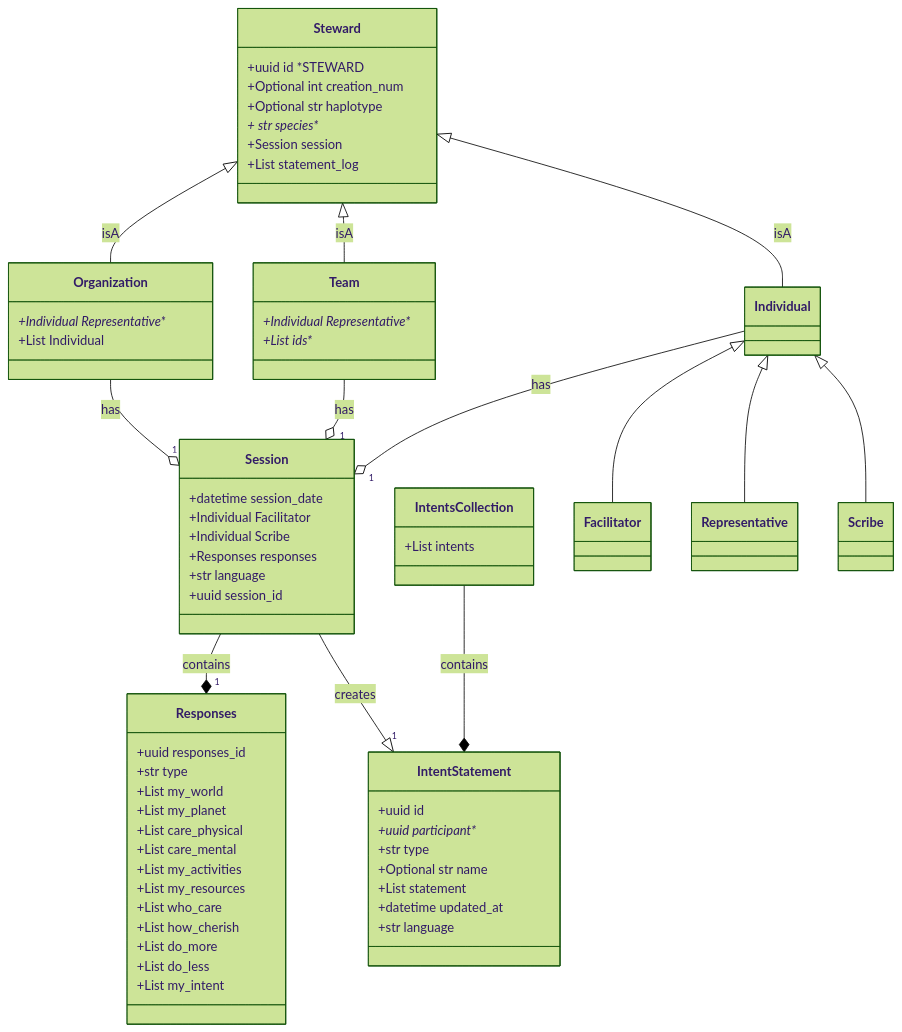
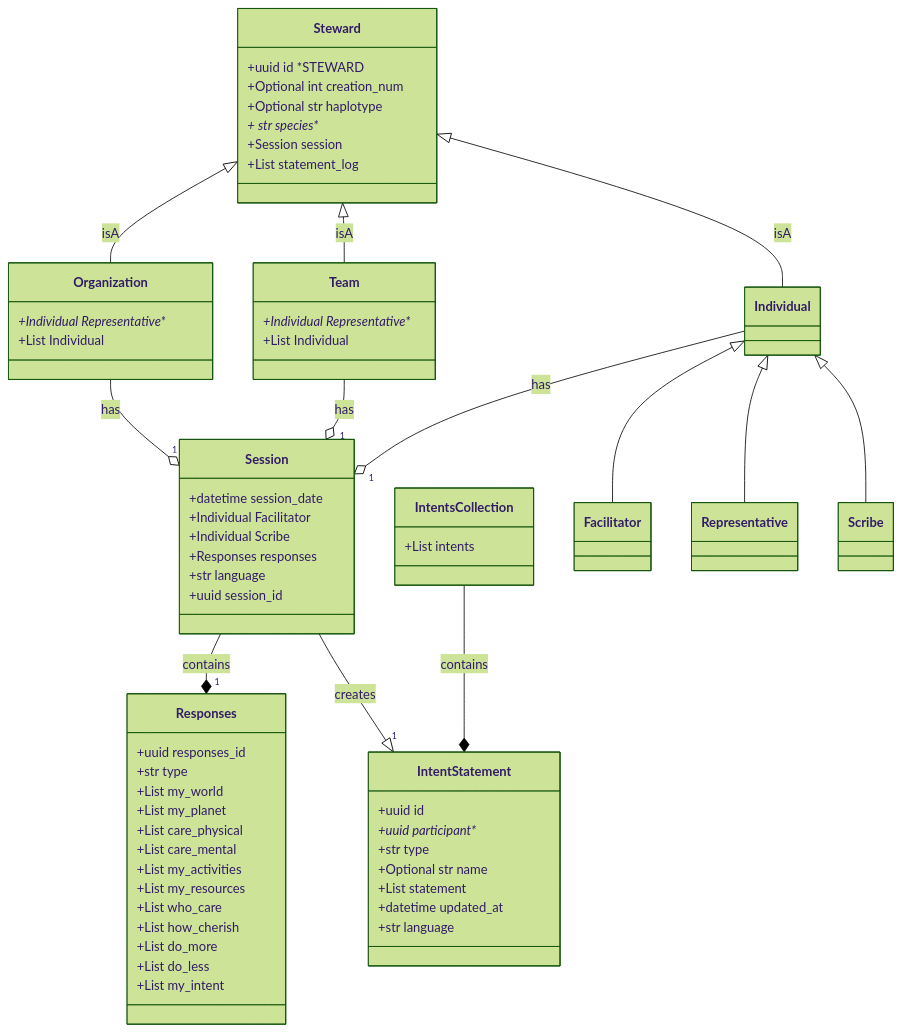
Before and after one commit to drew-wks/intent-for-the-planet: the diagram in docs/data_models_diagram.md, drawn with Mermaid (forest theme).

````diff
--- a/docs/data_models_diagram.md
+++ b/docs/data_models_diagram.md
@@ -5,69 +5,69 @@
 ```mermaid
 classDiagram
     class Steward {
         +uuid id *STEWARD
         +Optional int creation_num
         +Optional str haplotype
         + str species**
         +Session session
         +List statement_log
     }
     class Individual {
     }
     class Team {
         +Individual Representative**
-        +List ids**
+        +List Individual
     }
     class Organization {
         +Individual Representative**
         +List Individual
     }
     class Session {
         +datetime session_date
         +Individual Facilitator
         +Individual Scribe
         +Responses responses
         +str language
         +uuid session_id
     }
     class Responses {
         +uuid responses_id
         +str type
         +List my_world
         +List my_planet
         +List care_physical
         +List care_mental
         +List my_activities
         +List my_resources
         +List who_care
         +List how_cherish
         +List do_more
         +List do_less
         +List my_intent
     }
     class IntentStatement {
         +uuid id
         +uuid participant**
         +str type
         +Optional str name
         +List statement
         +datetime updated_at
         +str language
     }
     class IntentsCollection {
         +List intents
     }
     IntentsCollection --* IntentStatement : contains
     Session --* "1" Responses : contains
     Steward <|-- Individual : isA
     Steward <|-- Team : isA
     Steward <|-- Organization : isA
     Session--|> "1" IntentStatement : creates
     Individual --o "1" Session : has
     Individual <|-- Facilitator
     Individual <|-- Representative
     Individual <|-- Scribe
     Team --o "1" Session : has
     Organization --o "1" Session : has
 
 ```
````
